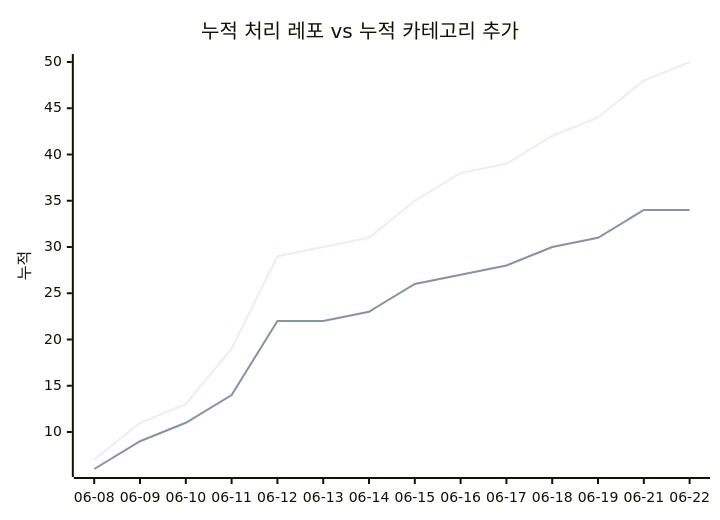
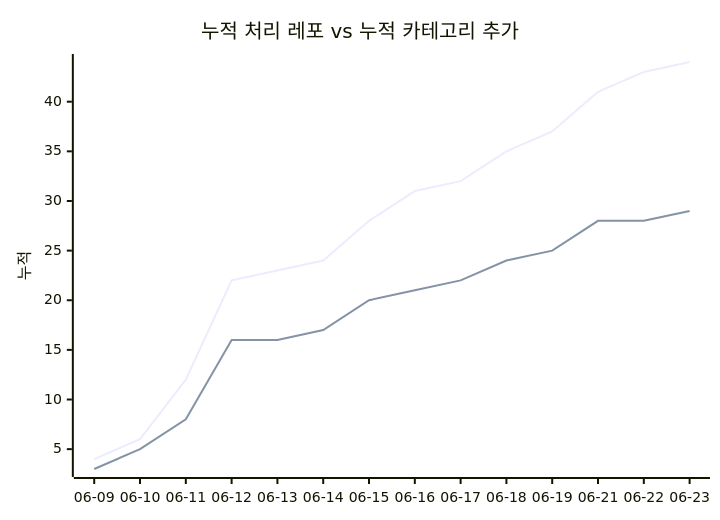
The second of 2 diagrams in docs/trends.md (J-nowcow/awesome-korean-agent-skills), drawn with Mermaid before and after one commit. The commit also changed other lines of this file and 4 other files, not shown here.

````diff
--- a/docs/trends.md
+++ b/docs/trends.md
@@ -68,8 +68,8 @@
 ```mermaid
 xychart-beta
     title "누적 처리 레포 vs 누적 카테고리 추가"
-    x-axis ["06-08","06-09","06-10","06-11","06-12","06-13","06-14","06-15","06-16","06-17","06-18","06-19","06-21","06-22"]
+    x-axis ["06-09","06-10","06-11","06-12","06-13","06-14","06-15","06-16","06-17","06-18","06-19","06-21","06-22","06-23"]
     y-axis "누적"
-    line [7,11,13,19,29,30,31,35,38,39,42,44,48,50]
-    line [6,9,11,14,22,22,23,26,27,28,30,31,34,34]
+    line [4,6,12,22,23,24,28,31,32,35,37,41,43,44]
+    line [3,5,8,16,16,17,20,21,22,24,25,28,28,29]
 ```
````
